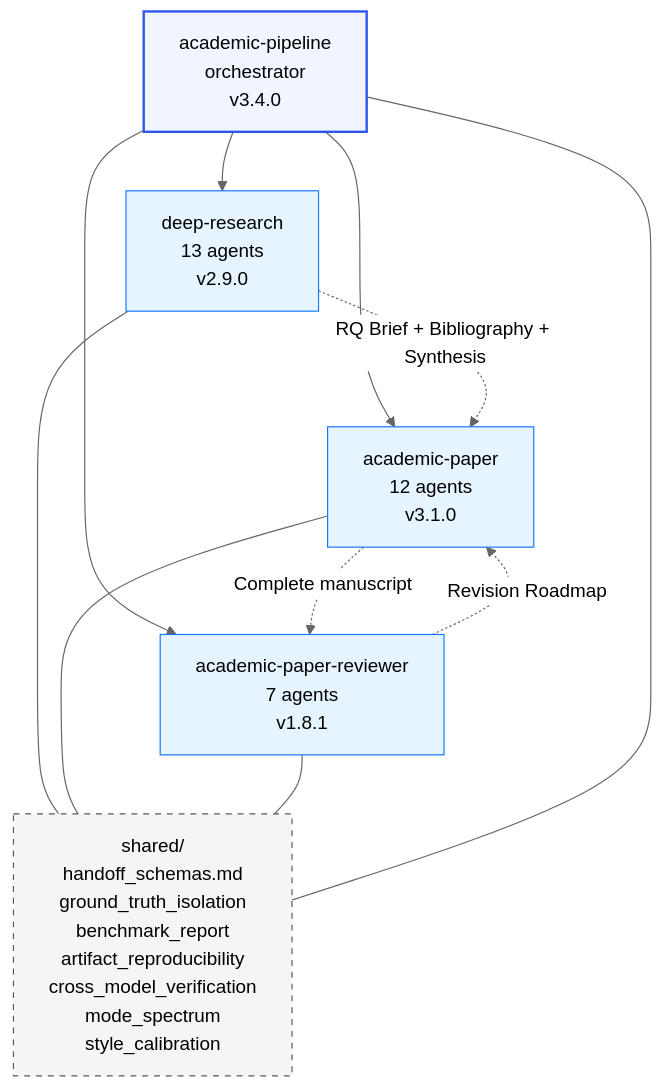
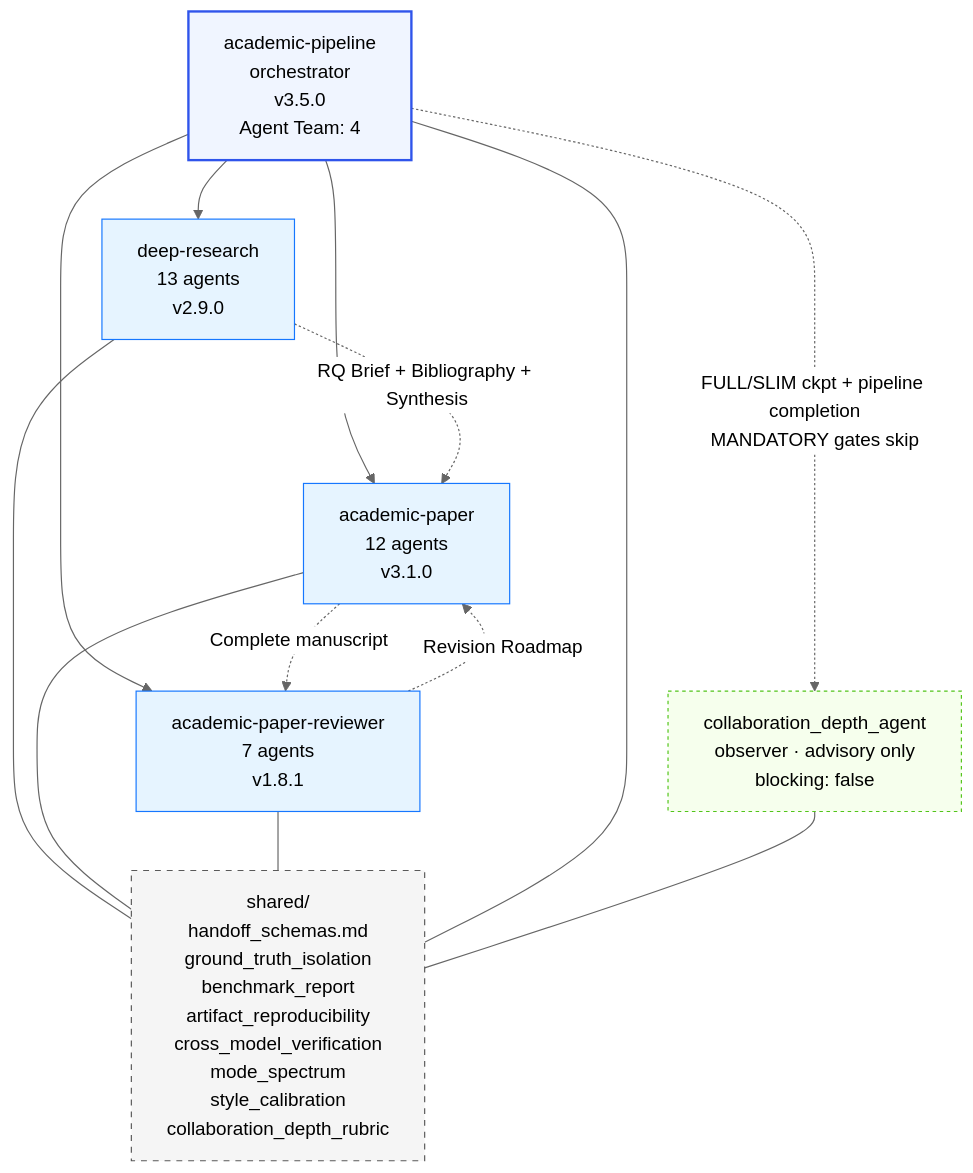
One commit to Masqiller/ARG-RESEARCHER-V4.1 changed the third of 4 diagrams in docs/ARCHITECTURE.md. Above: the diagram before and after it, drawn with Mermaid (neutral theme). The commit also changed other lines of this file and 8 other files, not shown here.

````diff
--- a/docs/ARCHITECTURE.md
+++ b/docs/ARCHITECTURE.md
@@ -147,26 +148,31 @@
 ```mermaid
 graph TD
-    Pipeline[academic-pipeline<br/>orchestrator<br/>v3.4.0]
+    Pipeline[academic-pipeline<br/>orchestrator<br/>v3.5.0<br/>Agent Team: 4]
+    Observer[collaboration_depth_agent<br/>observer · advisory only<br/>blocking: false]
     DR[deep-research<br/>13 agents<br/>v2.9.0]
     AP[academic-paper<br/>12 agents<br/>v3.1.0]
     APR[academic-paper-reviewer<br/>7 agents<br/>v1.8.1]
-    Shared[shared/<br/>handoff_schemas.md<br/>ground_truth_isolation<br/>benchmark_report<br/>artifact_reproducibility<br/>cross_model_verification<br/>mode_spectrum<br/>style_calibration]
+    Shared[shared/<br/>handoff_schemas.md<br/>ground_truth_isolation<br/>benchmark_report<br/>artifact_reproducibility<br/>cross_model_verification<br/>mode_spectrum<br/>style_calibration<br/>collaboration_depth_rubric]
 
     Pipeline --> DR
     Pipeline --> AP
     Pipeline --> APR
+    Pipeline -. "FULL/SLIM ckpt + pipeline completion<br/>MANDATORY gates skip" .-> Observer
     DR -. "RQ Brief + Bibliography + Synthesis" .-> AP
     AP -. "Complete manuscript" .-> APR
     APR -. "Revision Roadmap" .-> AP
     DR --- Shared
     AP --- Shared
     APR --- Shared
     Pipeline --- Shared
+    Observer --- Shared
 
     classDef orch fill:#f0f5ff,stroke:#2f54eb,stroke-width:2px
     classDef skill fill:#e6f4ff,stroke:#1677ff
     classDef shared fill:#f5f5f5,stroke:#595959,stroke-dasharray:5 5
+    classDef observer fill:#f6ffed,stroke:#52c41a,stroke-dasharray:3 3
     class Pipeline orch
     class DR,AP,APR skill
     class Shared shared
+    class Observer observer
 ```
````
